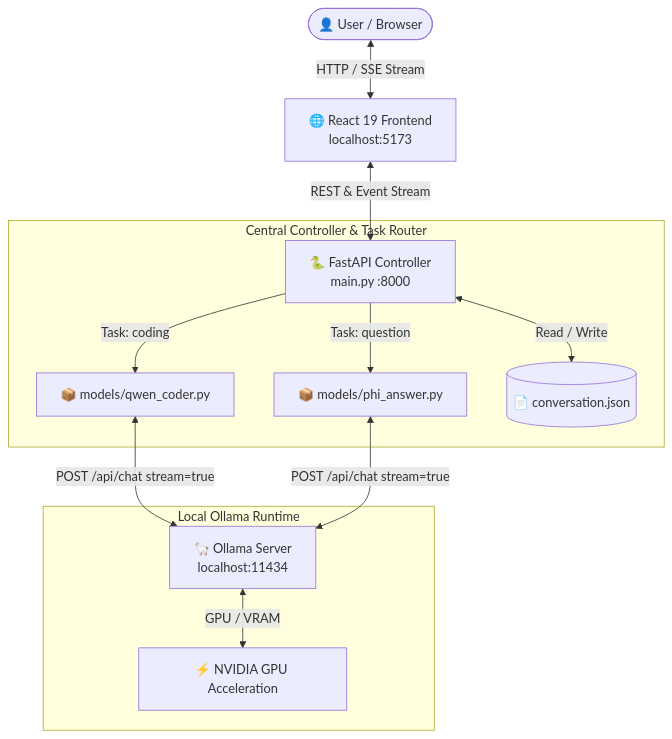
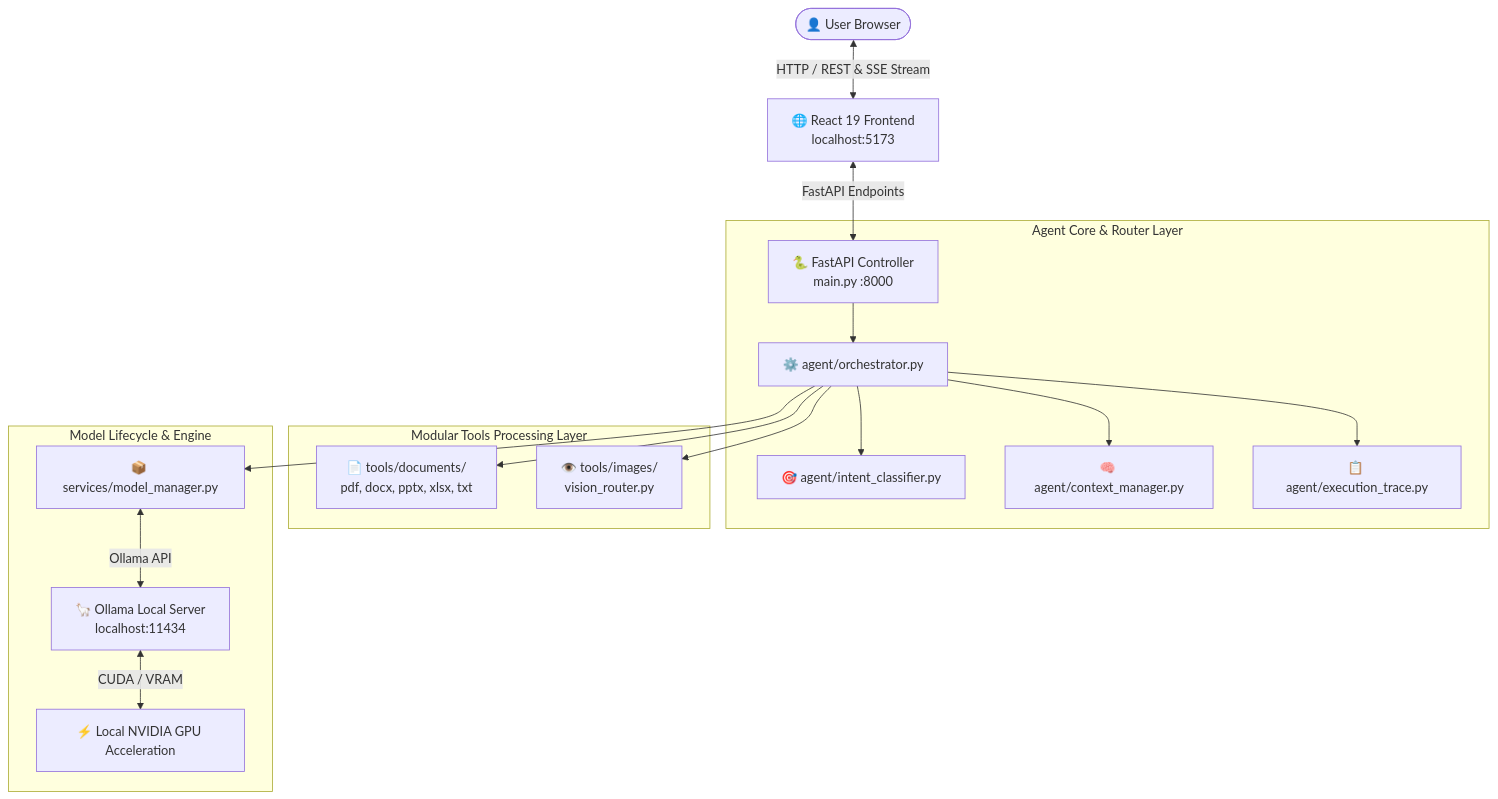
Before and after one commit to Vetrichelvan2007/SIH: the diagram in Readme.md, drawn with Mermaid. The commit also changed other lines of this file, not shown here.

````diff
--- a/Readme.md
+++ b/Readme.md
@@ -37,17 +40,23 @@
 ```mermaid
 flowchart TD
-    User([👤 User / Browser]) <-->|HTTP / SSE Stream| Frontend[🌐 React 19 Frontend\nlocalhost:5173]
-    Frontend <-->|REST & Event Stream| Backend[🐍 FastAPI Controller\nmain.py :8000]
-    
-    subgraph Controller ["Central Controller & Task Router"]
-        Backend -->|Task: coding| QwenModule[📦 models/qwen_coder.py]
-        Backend -->|Task: question| PhiModule[📦 models/phi_answer.py]
-        Backend <-->|Read / Write| JSONStorage[(📄 conversation.json)]
+    User([👤 User Browser]) <-->|HTTP / REST & SSE Stream| Frontend[🌐 React 19 Frontend\nlocalhost:5173]
+    Frontend <-->|FastAPI Endpoints| Backend[🐍 FastAPI Controller\nmain.py :8000]
+
+    subgraph AgentLayer ["Agent Core & Router Layer"]
+        Backend --> Orchestrator[⚙️ agent/orchestrator.py]
+        Orchestrator --> Classifier[🎯 agent/intent_classifier.py]
+        Orchestrator --> ContextMgr[🧠 agent/context_manager.py]
+        Orchestrator --> TraceRecorder[📋 agent/execution_trace.py]
     end
 
-    subgraph LocalEngine ["Local Ollama Runtime"]
-        QwenModule <-->|POST /api/chat stream=true| Ollama[🦙 Ollama Server\nlocalhost:11434]
-        PhiModule <-->|POST /api/chat stream=true| Ollama
-        Ollama <-->|GPU / VRAM| Compute[⚡ NVIDIA GPU Acceleration]
+    subgraph ToolingLayer ["Modular Tools Processing Layer"]
+        Orchestrator --> DocTools[📄 tools/documents/\npdf, docx, pptx, xlsx, txt]
+        Orchestrator --> VisionTools[👁️ tools/images/\nvision_router.py]
+    end
+
+    subgraph ServiceLayer ["Model Lifecycle & Engine"]
+        Orchestrator --> ModelMgr[📦 services/model_manager.py]
+        ModelMgr <-->|Ollama API| Ollama[🦙 Ollama Local Server\nlocalhost:11434]
+        Ollama <-->|CUDA / VRAM| GPU[⚡ Local NVIDIA GPU Acceleration]
     end
 ```
````
